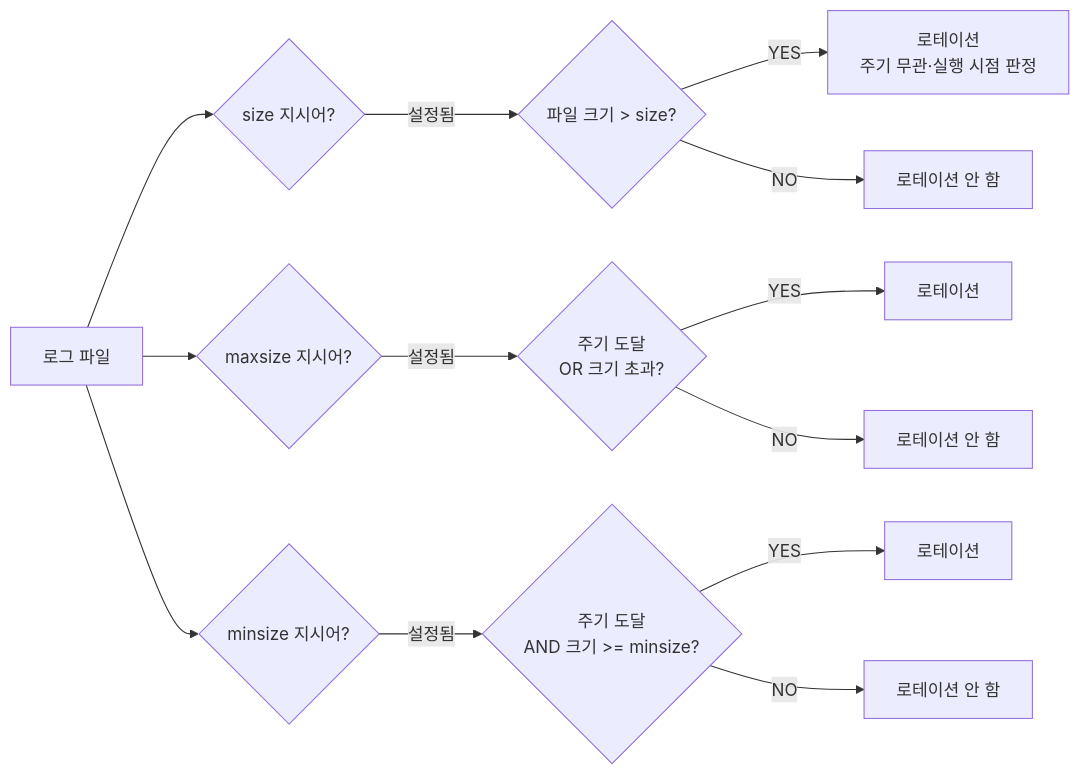
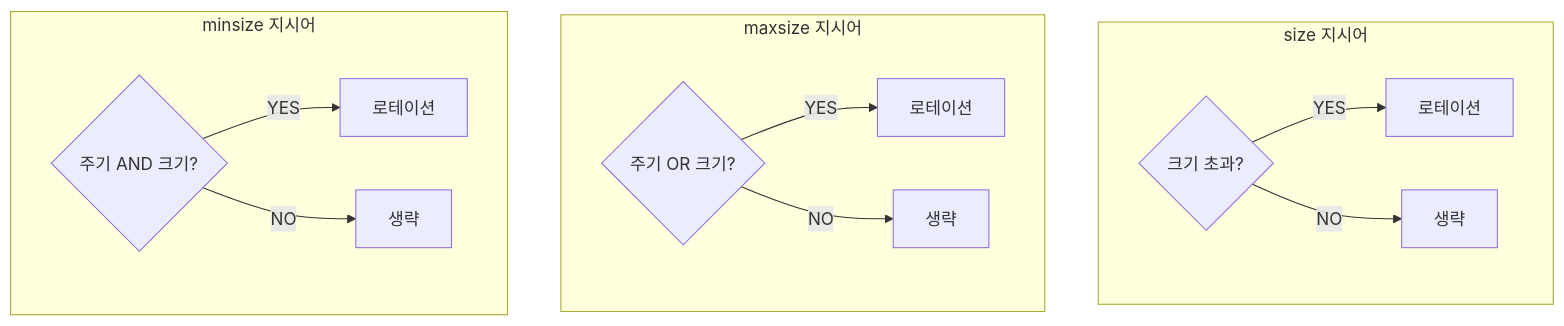
One commit to moonblueblue/devops-wiki changed the fourth of 4 diagrams in content/linux/logging/log-rotation.md. Above: the diagram before and after it, drawn with Mermaid. The commit also changed other lines of this file and 12 other files, not shown here.

First line of the commit message:
style: linux 섹션 전체 ASCII art 제거 및 Mermaid 규칙 적용

````diff
--- a/content/linux/logging/log-rotation.md
+++ b/content/linux/logging/log-rotation.md
@@ -630,17 +644,17 @@
 ```mermaid
-flowchart LR
-    A[로그 파일] --> B{size 지시어?}
-    B -->|설정됨| C{파일 크기 > size?}
-    C -->|YES| D[로테이션\n주기 무관·실행 시점 판정]
-    C -->|NO| E[로테이션 안 함]
+flowchart TD
+    subgraph size["size 지시어"]
+        S1{크기 초과?} -->|YES| S2[로테이션]
+        S1 -->|NO| S3[생략]
+    end
 
-    A --> F{maxsize 지시어?}
-    F -->|설정됨| G{주기 도달\nOR 크기 초과?}
-    G -->|YES| H[로테이션]
-    G -->|NO| I[로테이션 안 함]
+    subgraph maxsize["maxsize 지시어"]
+        M1{주기 OR 크기?} -->|YES| M2[로테이션]
+        M1 -->|NO| M3[생략]
+    end
 
-    A --> J{minsize 지시어?}
-    J -->|설정됨| K{주기 도달\nAND 크기 >= minsize?}
-    K -->|YES| L[로테이션]
-    K -->|NO| M[로테이션 안 함]
+    subgraph minsize["minsize 지시어"]
+        N1{주기 AND 크기?} -->|YES| N2[로테이션]
+        N1 -->|NO| N3[생략]
+    end
 ```
````
